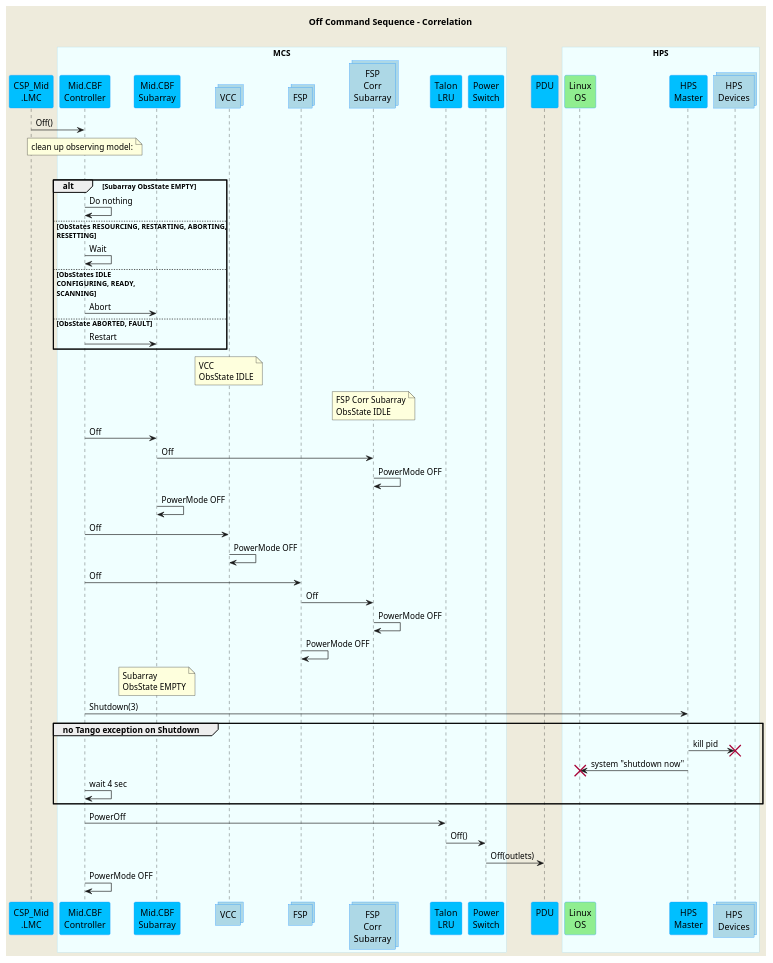
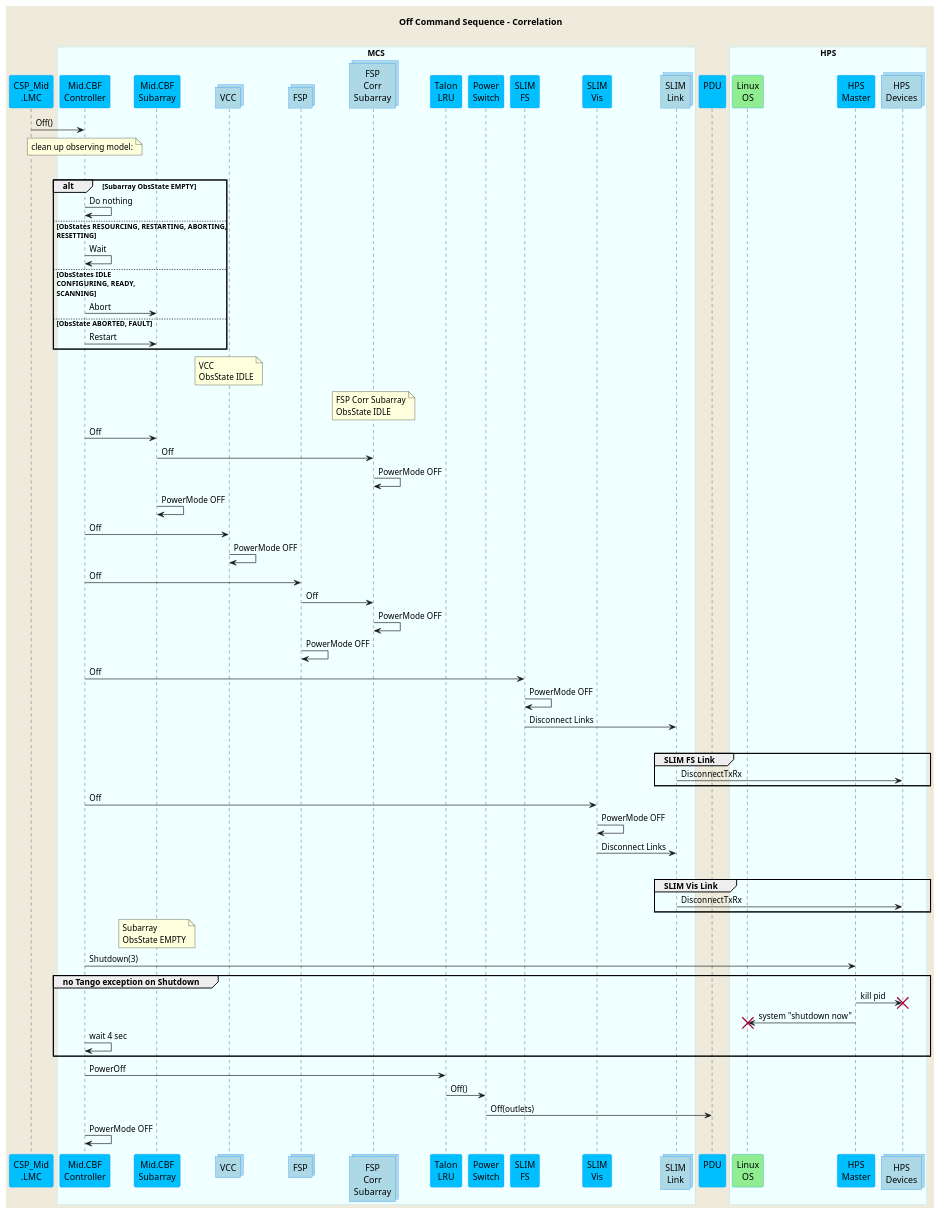
The diagram in docs/src/diagrams/off-command-sequence.puml (ska-telescope/mid-cbf-mcs), drawn with PlantUML before and after one commit. The commit also changed 2 other files, not shown here.

Commit message:
CIP-2006 updated Off command sequence diagram, added slimlink-device diagram.

```diff
--- a/docs/src/diagrams/off-command-sequence.puml
+++ b/docs/src/diagrams/off-command-sequence.puml
@@ -1,77 +1,94 @@
 @startuml
 'https://plantuml.com/sequence-diagram
 skinparam backgroundColor #EEEBDC
 skinparam sequence {
 ParticipantBorderColor DodgerBlue
 ParticipantBackgroundColor DeepSkyBlue
 ActorBorderColor DarkGreen
 ActorBackgroundColor Green
 BoxBorderColor LightBlue
 BoxBackgroundColor #F0FFFF
 }
 skinparam collections {
   BackGroundColor LightBlue
   BorderColor DodgerBlue
 }
 skinparam database {
   BackgroundColor LightGreen
   BorderColor DarkGreen
 }
 title Off Command Sequence - Correlation\n
 participant "CSP_Mid\n.LMC" as lmc
 box "MCS"
 participant "Mid.CBF\nController" as controller
 participant "Mid.CBF\nSubarray" as subarray
 collections "VCC" as vcc
 collections "FSP" as fsp
 collections "FSP\nCorr\nSubarray" as fspsubarray
 participant "Talon\nLRU" as lru
 participant "Power\nSwitch" as switch
+participant "SLIM\nFS" as slim_fs
+participant "SLIM\nVis" as slim_vis
+collections "SLIM\nLink" as slimlink
 end box
 participant "PDU\n" as pdu
 box "HPS"
 participant "Linux\nOS" as os #LightGreen
 participant "HPS\nMaster" as hpsmaster
 collections "HPS\nDevices" as hpsdevices
 end box
 lmc        ->  controller    : Off()
 
 note over controller         : clean up observing model:
 
 loop until Subarray ObsState EMPTY or time exceeded
 alt Subarray ObsState EMPTY
 controller -> controller : Do nothing
 else ObStates RESOURCING, RESTARTING, ABORTING,\nRESETTING
 controller -> controller : Wait
 else ObsStates IDLE\nCONFIGURING, READY,\nSCANNING
 controller -> subarray   : Abort
 else ObsState ABORTED, FAULT
 controller -> subarray   : Restart
 end loop
 note over vcc            : VCC\nObsState IDLE
 note over fspsubarray    : FSP Corr Subarray\nObsState IDLE
 
 controller ->  subarray      : Off
 subarray   ->  fspsubarray   : Off
 fspsubarray->  fspsubarray   : PowerMode OFF
 subarray   ->  subarray      : PowerMode OFF
 controller ->  vcc           : Off
 vcc        ->  vcc           : PowerMode OFF
 controller ->  fsp           : Off
 fsp        ->  fspsubarray   : Off
 fspsubarray->  fspsubarray   : PowerMode OFF
 fsp        ->  fsp           : PowerMode OFF
+controller ->  slim_fs       : Off
+slim_fs    ->  slim_fs       : PowerMode OFF
+slim_fs    ->  slimlink      : Disconnect Links
+loop
+group SLIM FS Link
+slimlink   ->  hpsdevices    : DisconnectTxRx
+end loop
+controller ->  slim_vis      : Off
+slim_vis   ->  slim_vis      : PowerMode OFF
+slim_vis   ->  slimlink      : Disconnect Links
+loop
+group SLIM Vis Link
+slimlink   ->  hpsdevices    : DisconnectTxRx
+end loop
 
 note over subarray       : Subarray\nObsState EMPTY
 controller ->  hpsmaster     : Shutdown(3)
 group no Tango exception on Shutdown
 hpsmaster  ->  hpsdevices !! : kill pid
 hpsmaster  ->  os !!         : system "shutdown now"
 controller ->  controller    : wait 4 sec
 end group
 controller ->  lru           : PowerOff
 lru        ->  switch        : Off()
 switch     ->  pdu           : Off(outlets)
 
 controller ->  controller    : PowerMode OFF
 @enduml
```
